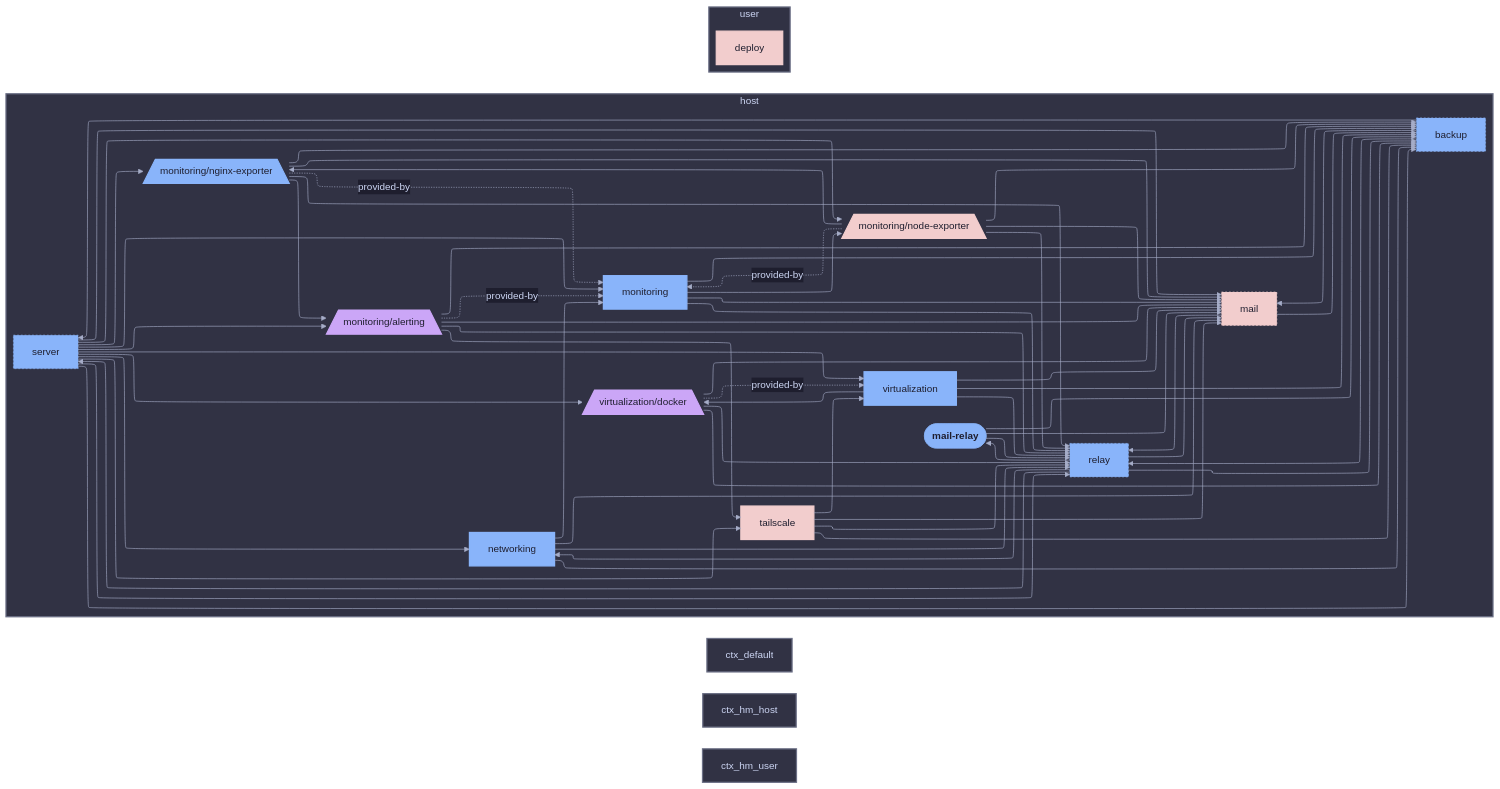
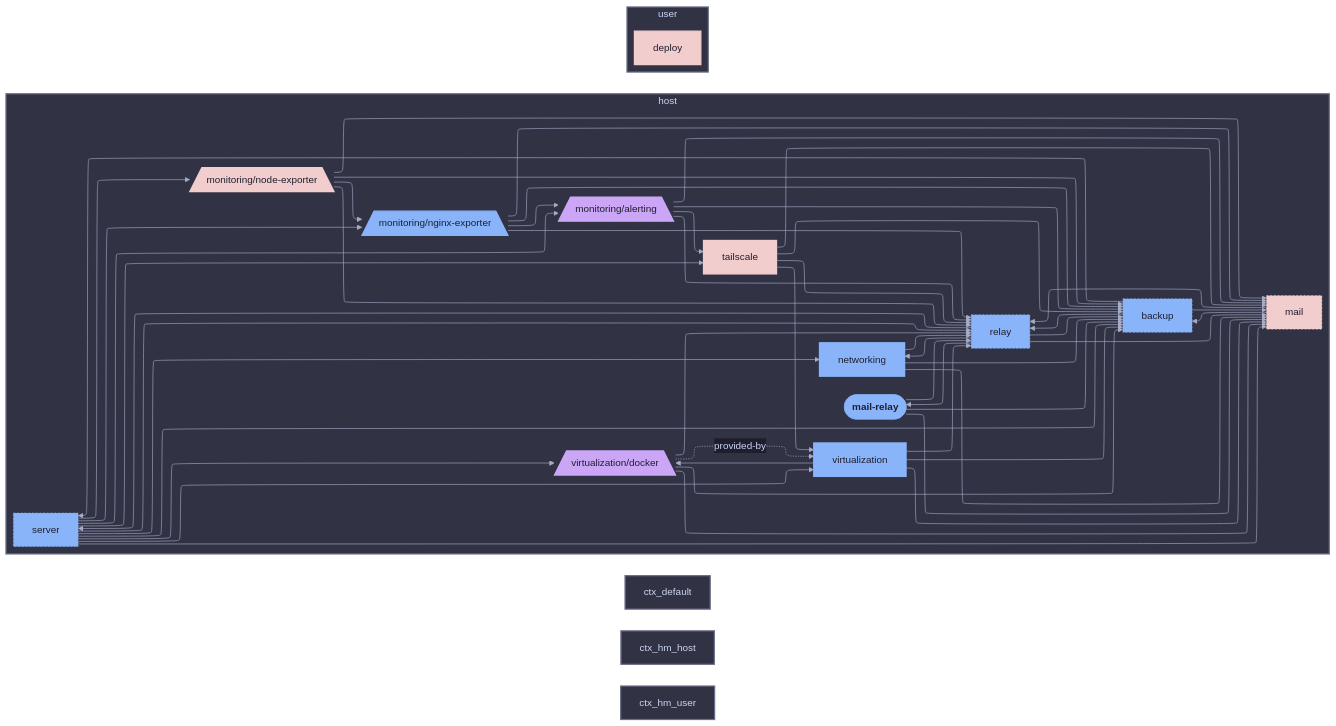
The diagram in templates/diag-fx-demo/diagrams/mail-relay-class-nixos.md (sini/den), drawn with Mermaid before and after one commit. The commit also changed 526 other files, not shown here.

Commit message:
chore: update fx diagrams

```diff
--- a/templates/diag-fx-demo/diagrams/mail-relay-class-nixos.md
+++ b/templates/diag-fx-demo/diagrams/mail-relay-class-nixos.md
@@ -12,7 +12,6 @@
   backup["backup"]:::backup_c
   virtualization__docker[/"virtualization/docker"\]:::virtualization__docker_c
   mail["mail"]:::mail_c
-  monitoring["monitoring"]:::monitoring_c
   networking["networking"]:::networking_c
   monitoring__nginx_exporter[/"monitoring/nginx-exporter"\]:::monitoring__nginx_exporter_c
   monitoring__node_exporter[/"monitoring/node-exporter"\]:::monitoring__node_exporter_c
@@ -25,7 +24,6 @@
   backup --> server
   mail --> backup
   mail_relay --> backup
-  monitoring --> backup
   monitoring__alerting --> backup
   monitoring__nginx_exporter --> backup
   monitoring__node_exporter --> backup
@@ -36,7 +34,6 @@
   virtualization --> backup
   virtualization__docker --> backup
   mail_relay --> mail
-  monitoring --> mail
   monitoring__alerting --> mail
   monitoring__nginx_exporter --> mail
   monitoring__node_exporter --> mail
@@ -48,7 +45,6 @@
   virtualization__docker --> mail
   mail --> relay
   mail_relay --> relay
-  monitoring --> relay
   monitoring__alerting --> relay
   monitoring__nginx_exporter --> relay
   monitoring__node_exporter --> relay
@@ -57,17 +53,14 @@
   tailscale --> relay
   virtualization --> relay
   virtualization__docker --> relay
-  monitoring --> monitoring__node_exporter
   monitoring__alerting --> tailscale
   monitoring__nginx_exporter --> monitoring__alerting
   monitoring__node_exporter --> monitoring__nginx_exporter
-  networking --> monitoring
   relay --> mail_relay
   relay --> networking
   relay --> server
   server --> monitoring__alerting
   server --> virtualization__docker
-  server --> monitoring
   server --> networking
   server --> monitoring__nginx_exporter
   server --> monitoring__node_exporter
@@ -75,9 +68,6 @@
   server --> virtualization
   tailscale --> virtualization
   virtualization --> virtualization__docker
-  monitoring__node_exporter -.->|provided-by| monitoring
-  monitoring__nginx_exporter -.->|provided-by| monitoring
-  monitoring__alerting -.->|provided-by| monitoring
   virtualization__docker -.->|provided-by| virtualization
   end
   subgraph ctx_user["user"]
@@ -93,7 +83,6 @@
   classDef virtualization__docker_c fill:#cba6f7,stroke:#cba6f7,color:#1e1e2e,stroke-width:2px
   classDef mail_c fill:#f2cdcd,stroke:#f2cdcd,color:#1e1e2e,stroke-dasharray: 3 3,stroke-width:1px
   classDef mail_relay_c fill:#cba6f7,stroke:#cba6f7,color:#1e1e2e,stroke-width:3px
-  classDef monitoring_c fill:#89b4fa,stroke:#89b4fa,color:#1e1e2e,stroke-width:2px
   classDef networking_c fill:#89b4fa,stroke:#89b4fa,color:#1e1e2e,stroke-width:2px
   classDef monitoring__nginx_exporter_c fill:#89b4fa,stroke:#89b4fa,color:#1e1e2e,stroke-width:2px
   classDef monitoring__node_exporter_c fill:#f2cdcd,stroke:#f2cdcd,color:#1e1e2e,stroke-width:2px
```
